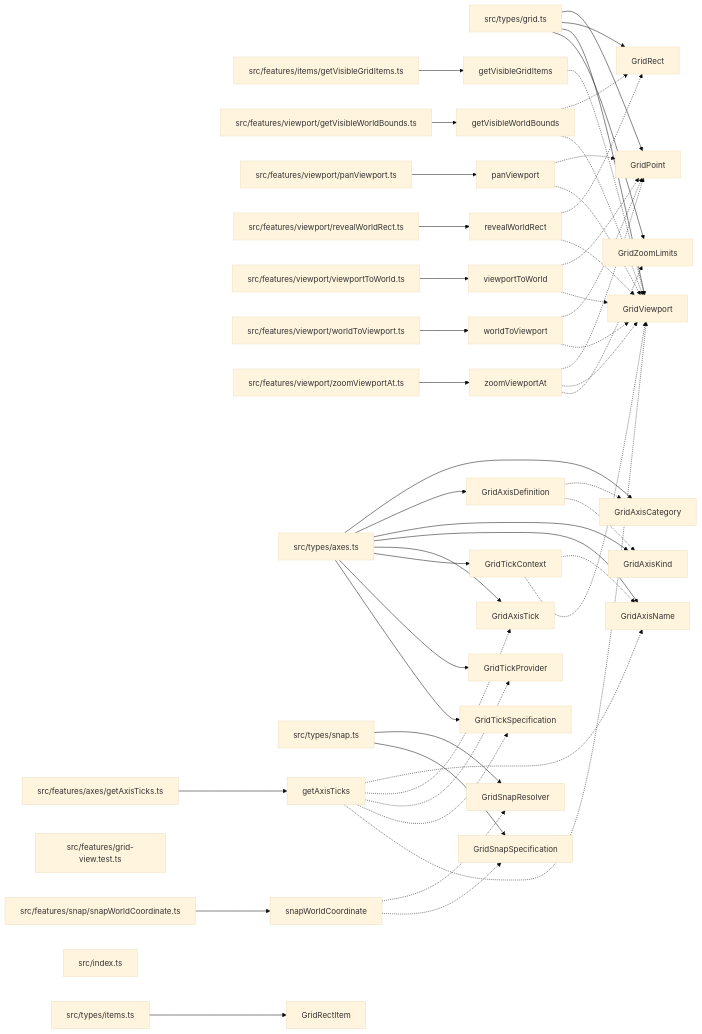
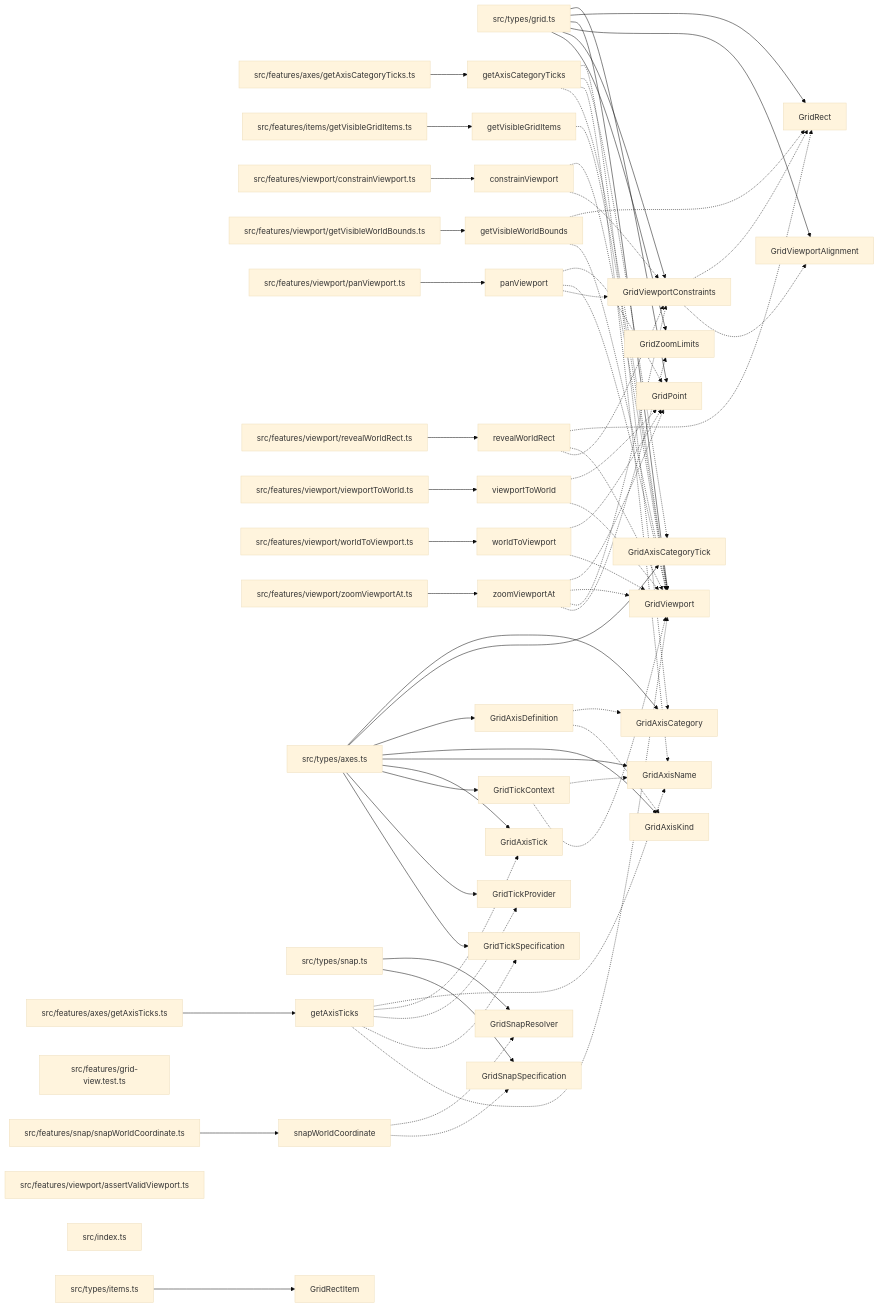
Before and after one commit to ankhorage/grid-view: the diagram in docs/diagrams/export-graph.mmd, drawn with Mermaid (base theme). The commit also changed 18 other files, not shown here.

```diff
--- a/docs/diagrams/export-graph.mmd
+++ b/docs/diagrams/export-graph.mmd
@@ -1,89 +1,113 @@
 graph LR
+  module_src_features_axes_getAxisCategoryTicks_ts["src/features/axes/getAxisCategoryTicks.ts"]
   module_src_features_axes_getAxisTicks_ts["src/features/axes/getAxisTicks.ts"]
   module_src_features_grid_view_test_ts["src/features/grid-view.test.ts"]
   module_src_features_items_getVisibleGridItems_ts["src/features/items/getVisibleGridItems.ts"]
   module_src_features_snap_snapWorldCoordinate_ts["src/features/snap/snapWorldCoordinate.ts"]
+  module_src_features_viewport_assertValidViewport_ts["src/features/viewport/assertValidViewport.ts"]
+  module_src_features_viewport_constrainViewport_ts["src/features/viewport/constrainViewport.ts"]
   module_src_features_viewport_getVisibleWorldBounds_ts["src/features/viewport/getVisibleWorldBounds.ts"]
   module_src_features_viewport_panViewport_ts["src/features/viewport/panViewport.ts"]
   module_src_features_viewport_revealWorldRect_ts["src/features/viewport/revealWorldRect.ts"]
   module_src_features_viewport_viewportToWorld_ts["src/features/viewport/viewportToWorld.ts"]
   module_src_features_viewport_worldToViewport_ts["src/features/viewport/worldToViewport.ts"]
   module_src_features_viewport_zoomViewportAt_ts["src/features/viewport/zoomViewportAt.ts"]
   module_src_index_ts["src/index.ts"]
   module_src_types_axes_ts["src/types/axes.ts"]
   module_src_types_grid_ts["src/types/grid.ts"]
   module_src_types_items_ts["src/types/items.ts"]
   module_src_types_snap_ts["src/types/snap.ts"]
+  export_constrainViewport["constrainViewport"]
+  module_src_features_viewport_constrainViewport_ts --> export_constrainViewport
+  export_constrainViewport -.-> export_GridViewport
+  export_constrainViewport -.-> export_GridViewportConstraints
+  export_getAxisCategoryTicks["getAxisCategoryTicks"]
+  module_src_features_axes_getAxisCategoryTicks_ts --> export_getAxisCategoryTicks
+  export_getAxisCategoryTicks -.-> export_GridAxisCategory
+  export_getAxisCategoryTicks -.-> export_GridAxisCategoryTick
+  export_getAxisCategoryTicks -.-> export_GridAxisName
+  export_getAxisCategoryTicks -.-> export_GridViewport
   export_getAxisTicks["getAxisTicks"]
   module_src_features_axes_getAxisTicks_ts --> export_getAxisTicks
   export_getAxisTicks -.-> export_GridAxisName
   export_getAxisTicks -.-> export_GridAxisTick
   export_getAxisTicks -.-> export_GridTickProvider
   export_getAxisTicks -.-> export_GridTickSpecification
   export_getAxisTicks -.-> export_GridViewport
   export_getVisibleGridItems["getVisibleGridItems"]
   module_src_features_items_getVisibleGridItems_ts --> export_getVisibleGridItems
   export_getVisibleGridItems -.-> export_GridViewport
   export_getVisibleWorldBounds["getVisibleWorldBounds"]
   module_src_features_viewport_getVisibleWorldBounds_ts --> export_getVisibleWorldBounds
   export_getVisibleWorldBounds -.-> export_GridRect
   export_getVisibleWorldBounds -.-> export_GridViewport
   export_GridAxisCategory["GridAxisCategory"]
   module_src_types_axes_ts --> export_GridAxisCategory
+  export_GridAxisCategoryTick["GridAxisCategoryTick"]
+  module_src_types_axes_ts --> export_GridAxisCategoryTick
   export_GridAxisDefinition["GridAxisDefinition"]
   module_src_types_axes_ts --> export_GridAxisDefinition
   export_GridAxisDefinition -.-> export_GridAxisCategory
   export_GridAxisDefinition -.-> export_GridAxisKind
   export_GridAxisKind["GridAxisKind"]
   module_src_types_axes_ts --> export_GridAxisKind
   export_GridAxisName["GridAxisName"]
   module_src_types_axes_ts --> export_GridAxisName
   export_GridAxisTick["GridAxisTick"]
   module_src_types_axes_ts --> export_GridAxisTick
   export_GridPoint["GridPoint"]
   module_src_types_grid_ts --> export_GridPoint
   export_GridRect["GridRect"]
   module_src_types_grid_ts --> export_GridRect
   export_GridRectItem["GridRectItem"]
   module_src_types_items_ts --> export_GridRectItem
   export_GridSnapResolver["GridSnapResolver"]
   module_src_types_snap_ts --> export_GridSnapResolver
   export_GridSnapSpecification["GridSnapSpecification"]
   module_src_types_snap_ts --> export_GridSnapSpecification
   export_GridTickContext["GridTickContext"]
   module_src_types_axes_ts --> export_GridTickContext
   export_GridTickContext -.-> export_GridAxisName
   export_GridTickContext -.-> export_GridViewport
   export_GridTickProvider["GridTickProvider"]
   module_src_types_axes_ts --> export_GridTickProvider
   export_GridTickSpecification["GridTickSpecification"]
   module_src_types_axes_ts --> export_GridTickSpecification
   export_GridViewport["GridViewport"]
   module_src_types_grid_ts --> export_GridViewport
+  export_GridViewportAlignment["GridViewportAlignment"]
+  module_src_types_grid_ts --> export_GridViewportAlignment
+  export_GridViewportConstraints["GridViewportConstraints"]
+  module_src_types_grid_ts --> export_GridViewportConstraints
+  export_GridViewportConstraints -.-> export_GridRect
+  export_GridViewportConstraints -.-> export_GridViewportAlignment
   export_GridZoomLimits["GridZoomLimits"]
   module_src_types_grid_ts --> export_GridZoomLimits
   export_panViewport["panViewport"]
   module_src_features_viewport_panViewport_ts --> export_panViewport
   export_panViewport -.-> export_GridPoint
   export_panViewport -.-> export_GridViewport
+  export_panViewport -.-> export_GridViewportConstraints
   export_revealWorldRect["revealWorldRect"]
   module_src_features_viewport_revealWorldRect_ts --> export_revealWorldRect
   export_revealWorldRect -.-> export_GridRect
   export_revealWorldRect -.-> export_GridViewport
+  export_revealWorldRect -.-> export_GridViewportConstraints
   export_snapWorldCoordinate["snapWorldCoordinate"]
   module_src_features_snap_snapWorldCoordinate_ts --> export_snapWorldCoordinate
   export_snapWorldCoordinate -.-> export_GridSnapResolver
   export_snapWorldCoordinate -.-> export_GridSnapSpecification
   export_viewportToWorld["viewportToWorld"]
   module_src_features_viewport_viewportToWorld_ts --> export_viewportToWorld
   export_viewportToWorld -.-> export_GridPoint
   export_viewportToWorld -.-> export_GridViewport
   export_worldToViewport["worldToViewport"]
   module_src_features_viewport_worldToViewport_ts --> export_worldToViewport
   export_worldToViewport -.-> export_GridPoint
   export_worldToViewport -.-> export_GridViewport
   export_zoomViewportAt["zoomViewportAt"]
   module_src_features_viewport_zoomViewportAt_ts --> export_zoomViewportAt
   export_zoomViewportAt -.-> export_GridPoint
   export_zoomViewportAt -.-> export_GridViewport
+  export_zoomViewportAt -.-> export_GridViewportConstraints
   export_zoomViewportAt -.-> export_GridZoomLimits
```
